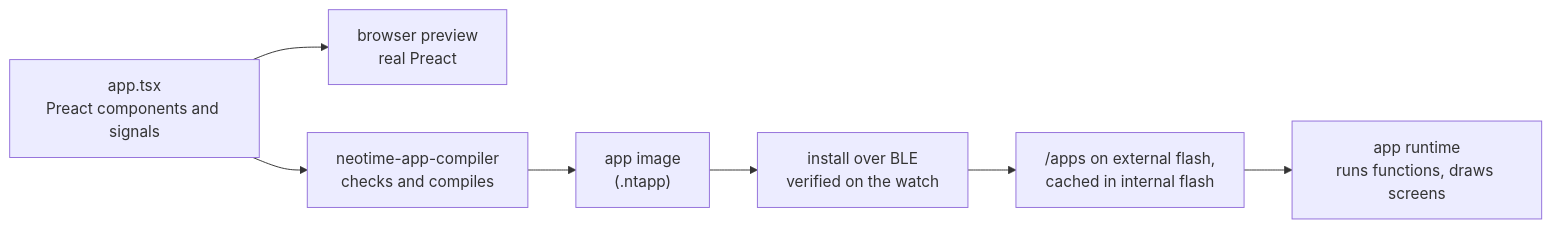
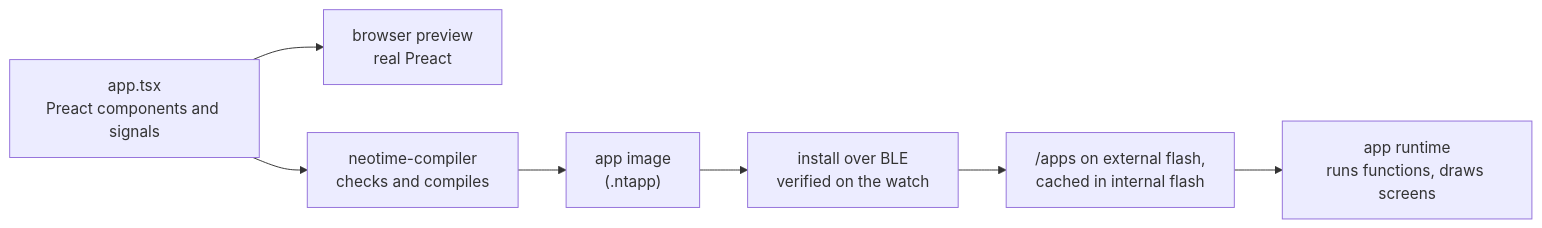
The diagram in docs/app-runtime.md (BeatLink/BattleTime), drawn with Mermaid before and after one commit. The commit also changed other lines of this file and 20 other files, not shown here.

First line of the commit message:
feat(compiler): compile Preact apps into NeoTime app images

````diff
--- a/docs/app-runtime.md
+++ b/docs/app-runtime.md
@@ -52,13 +52,13 @@
 ```mermaid
 flowchart LR
     source["app.tsx<br/>Preact components and signals"]
     preview["browser preview<br/>real Preact"]
-    compiler["neotime-app-compiler<br/>checks and compiles"]
+    compiler["neotime-compiler<br/>checks and compiles"]
     image["app image<br/>(.ntapp)"]
     install["install over BLE<br/>verified on the watch"]
     store["/apps on external flash,<br/>cached in internal flash"]
     runtime["app runtime<br/>runs functions, draws screens"]
 
     source --> compiler --> image --> install --> store --> runtime
     source --> preview
 ```
````
